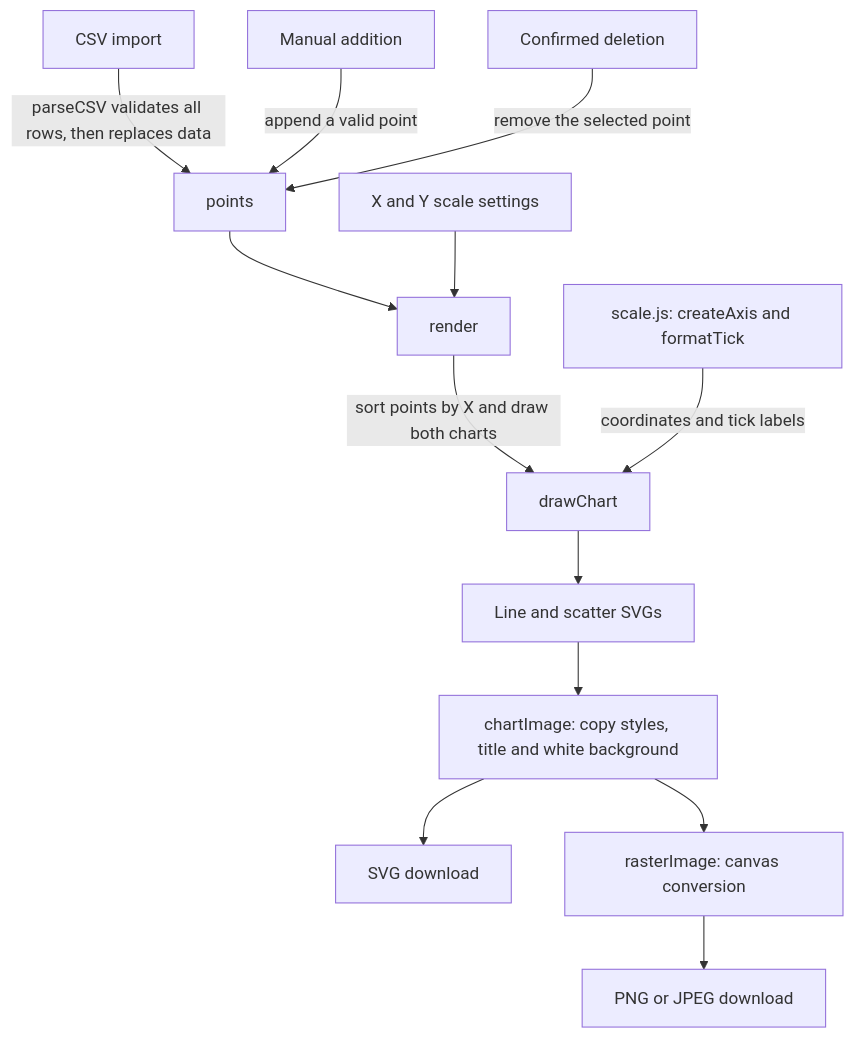
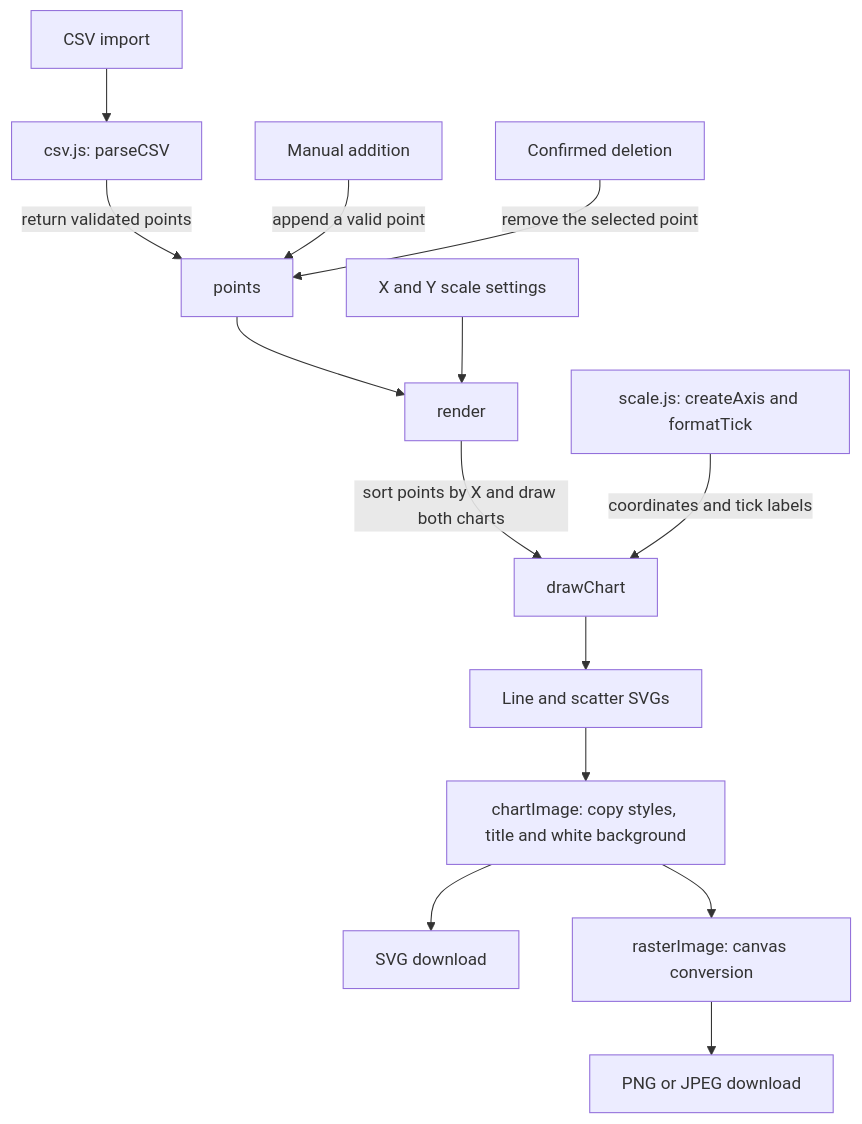
The diagram in README.md (Caffeinated-Coders-CSE-210/Warm-Up-Graphing-Tool), drawn with Mermaid before and after one commit. The commit also changed other lines of this file, not shown here.

Commit message:
docs: update README for CSV parser extraction

````diff
--- a/README.md
+++ b/README.md
@@ -30,15 +30,16 @@
 ```mermaid
 flowchart TD
-  CSV[CSV import] -->|parseCSV validates all rows, then replaces data| P[points]
+  CSV[CSV import] --> Parser["csv.js: parseCSV"]
+  Parser -->|return validated points| P[points]
   Add[Manual addition] -->|append a valid point| P
   Delete[Confirmed deletion] -->|remove the selected point| P
   P --> R[render]
   Settings[X and Y scale settings] --> R
   R -->|sort points by X and draw both charts| D[drawChart]
   Helpers["scale.js: createAxis and formatTick"] -->|coordinates and tick labels| D
   D --> SVG[Line and scatter SVGs]
   SVG --> Image[chartImage: copy styles, title and white background]
   Image --> Download[SVG download]
   Image --> Raster[rasterImage: canvas conversion]
   Raster --> PNG[PNG or JPEG download]
 ```
````
